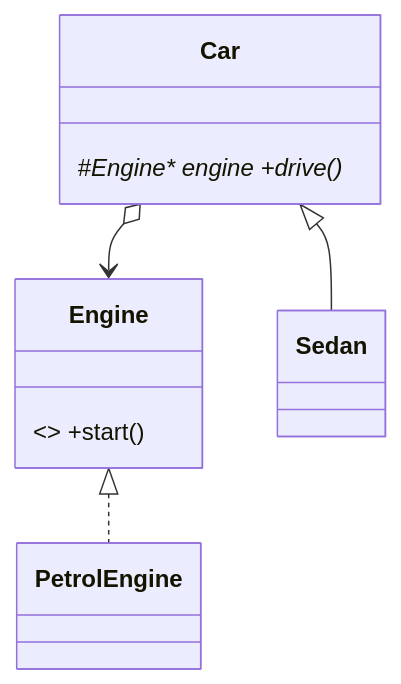
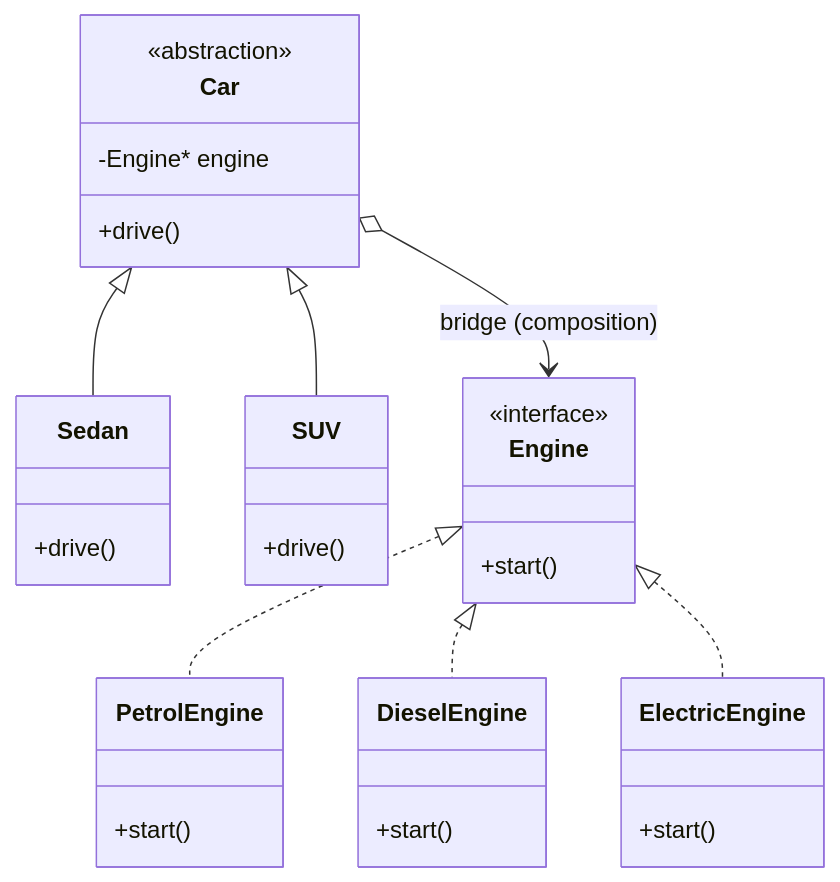
Before and after one commit to subhm2004/LLD: the diagram in L25 Bridge_design_pattern/README.md, drawn with Mermaid. The commit also changed other lines of this file and 12 other files, not shown here.

````diff
--- a/L25 Bridge_design_pattern/README.md
+++ b/L25 Bridge_design_pattern/README.md
@@ -81,10 +238,24 @@
 ```mermaid
 classDiagram
-    class Engine { <<interface>> +start() }
-    class PetrolEngine
-    class Car { #Engine* engine +drive()* }
-    class Sedan
+    class Car {
+        <<abstraction>>
+        -Engine* engine
+        +drive()
+    }
+    class Sedan { +drive() }
+    class SUV { +drive() }
+    class Engine {
+        <<interface>>
+        +start()
+    }
+    class PetrolEngine { +start() }
+    class DieselEngine { +start() }
+    class ElectricEngine { +start() }
+
+    Car <|-- Sedan
+    Car <|-- SUV
     Engine <|.. PetrolEngine
-    Car o--> Engine
-    Car <|-- Sedan
+    Engine <|.. DieselEngine
+    Engine <|.. ElectricEngine
+    Car o--> Engine : bridge (composition)
 ```
````
